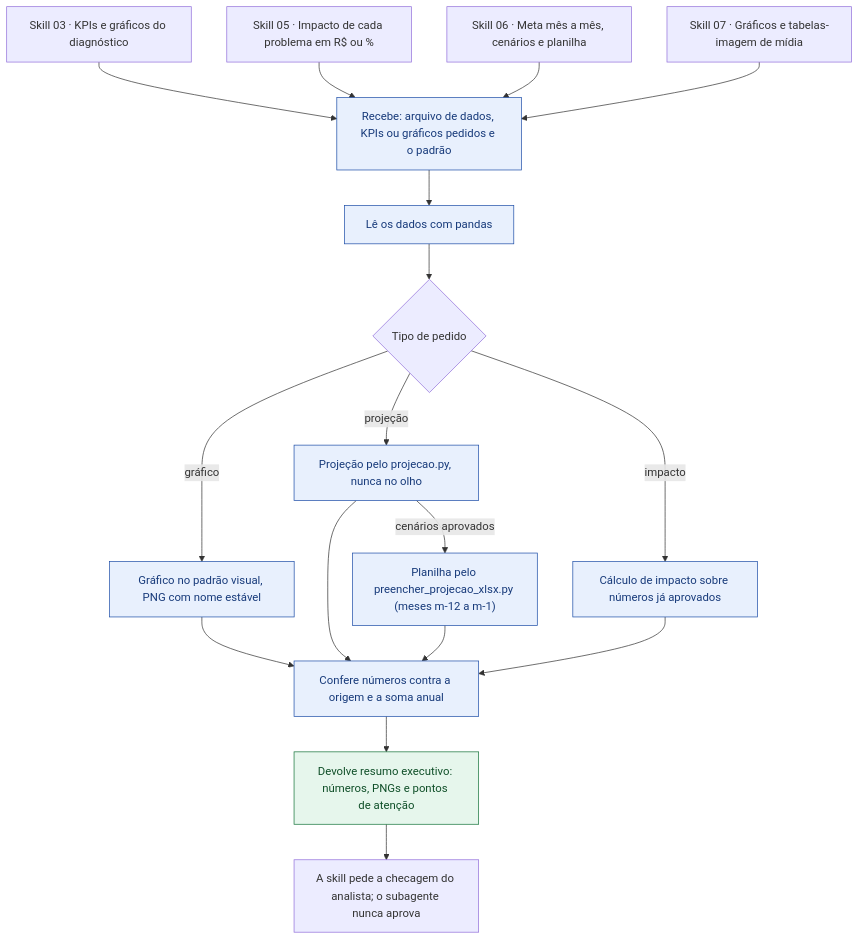
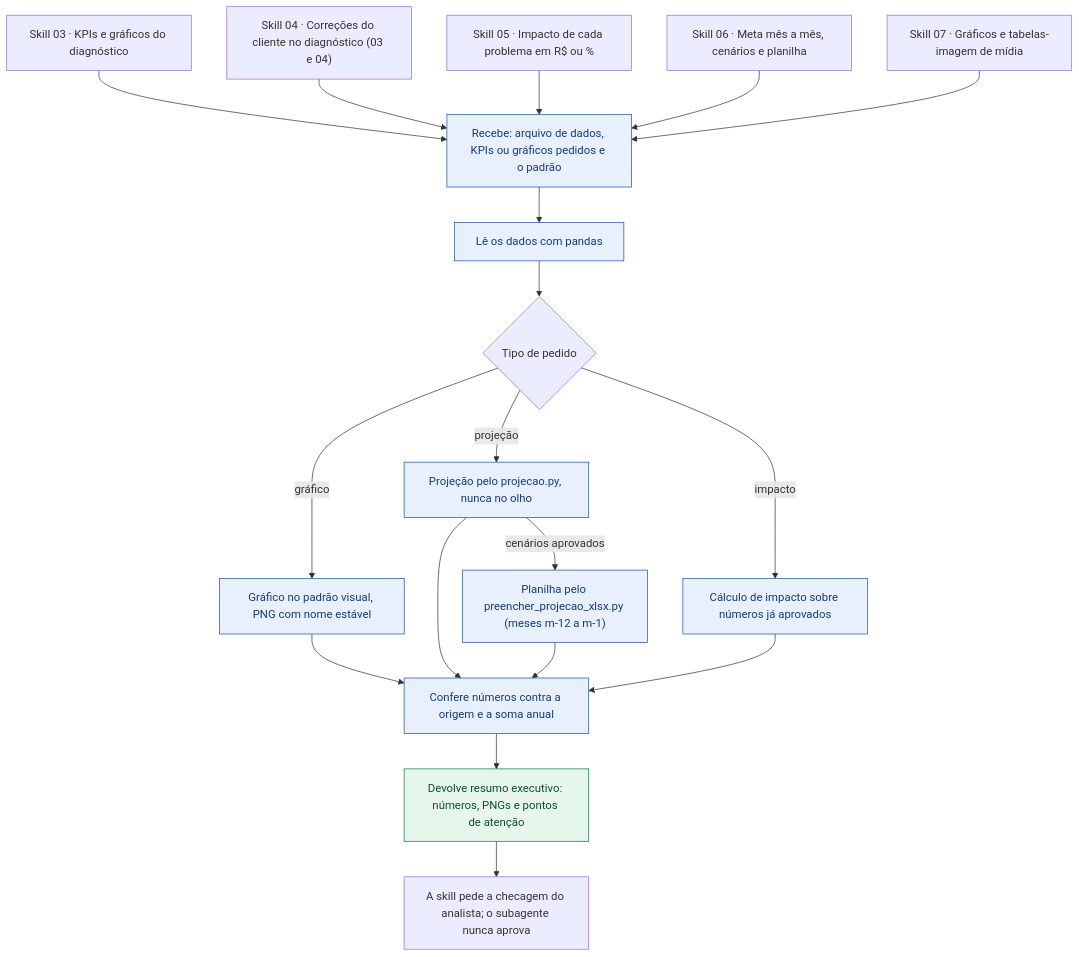
Before and after one commit to MatheusBoomer/growth-cycle-boomer: the diagram in .claude/agents/analista-dados.fluxo.mmd, drawn with Mermaid. The commit also changed 9 other files, not shown here.

Commit message:
feat(skills): etapa 04 gera o documento de validação e trata correções do cliente

```diff
--- a/.claude/agents/analista-dados.fluxo.mmd
+++ b/.claude/agents/analista-dados.fluxo.mmd
@@ -1,38 +1,40 @@
 flowchart TD
   S03["Skill 03 · KPIs e gráficos do diagnóstico"]
+  S04["Skill 04 · Correções do cliente no diagnóstico (03 e 04)"]
   S05["Skill 05 · Impacto de cada problema em R$ ou %"]
   S06["Skill 06 · Meta mês a mês, cenários e planilha"]
   S07["Skill 07 · Gráficos e tabelas-imagem de mídia"]
   R1["Recebe: arquivo de dados, KPIs ou gráficos pedidos e o padrão"]
   P1["Lê os dados com pandas"]
   D1{"Tipo de pedido"}
   G1["Gráfico no padrão visual, PNG com nome estável"]
   G2["Projeção pelo projecao.py, nunca no olho"]
   G3["Planilha pelo preencher_projecao_xlsx.py (meses m-12 a m-1)"]
   G4["Cálculo de impacto sobre números já aprovados"]
   P2["Confere números contra a origem e a soma anual"]
   E1["Devolve resumo executivo: números, PNGs e pontos de atenção"]
   CK["A skill pede a checagem do analista; o subagente nunca aprova"]
 
   S03 --> R1
+  S04 --> R1
   S05 --> R1
   S06 --> R1
   S07 --> R1
   R1 --> P1
   P1 --> D1
   D1 -->|"gráfico"| G1
   D1 -->|"projeção"| G2
   G2 -->|"cenários aprovados"| G3
   D1 -->|"impacto"| G4
   G1 --> P2
   G2 --> P2
   G3 --> P2
   G4 --> P2
   P2 --> E1
   E1 --> CK
 
   class R1,P1,G1,G2,G3,G4,P2 subagente
   class E1 entrega
   classDef checkpoint fill:#fff1e6,stroke:#e8803a,color:#7a3d0c
   classDef subagente fill:#e8f0fd,stroke:#1f4fa8,color:#173a7a
   classDef entrega fill:#e6f6ec,stroke:#16743b,color:#0f4f28
```
